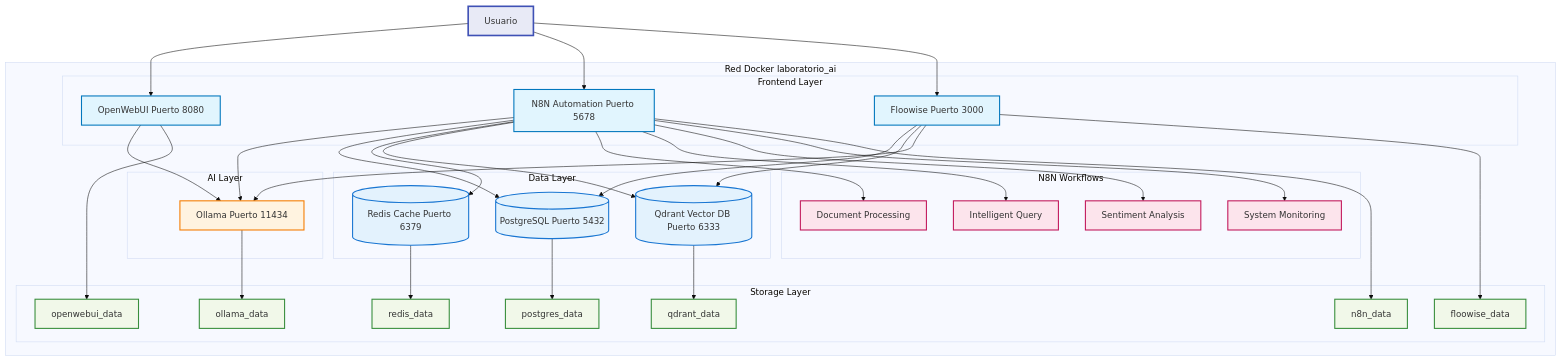
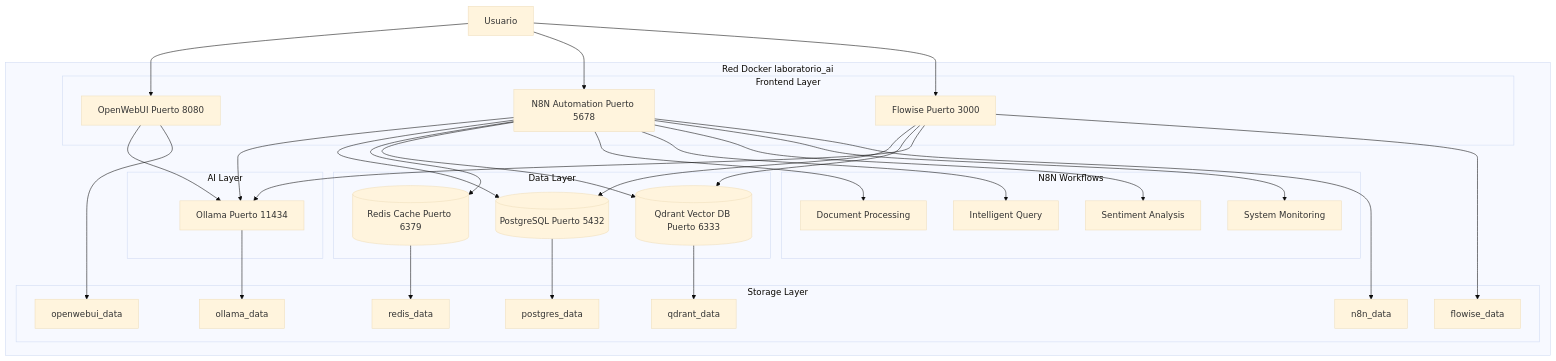
Before and after one commit to EdissonGirald0/laboratorioAI: the first of 8 diagrams in README.md, drawn with Mermaid (base theme). The commit also changed other lines of this file and 12 other files, not shown here.

````diff
--- a/README.md
+++ b/README.md
@@ -59,77 +75,63 @@
 ```mermaid
 graph TB
     subgraph Network ["Red Docker laboratorio_ai"]
         subgraph Frontend ["Frontend Layer"]
             UI["OpenWebUI Puerto 8080"]
             N8N["N8N Automation Puerto 5678"]
-            FW["Floowise Puerto 3000"]
+            FW["Flowise Puerto 3000"]
         end
         
         subgraph AI ["AI Layer"]
             OL["Ollama Puerto 11434"]
         end
         
         subgraph Data ["Data Layer"]
             PG[("PostgreSQL Puerto 5432")]
             RD[("Redis Cache Puerto 6379")]
             QD[("Qdrant Vector DB Puerto 6333")]
         end
         
         subgraph Storage ["Storage Layer"]
             VOL1["postgres_data"]
             VOL2["qdrant_data"]
             VOL3["ollama_data"]
             VOL4["openwebui_data"]
             VOL5["n8n_data"]
-            VOL6["floowise_data"]
+            VOL6["flowise_data"]
             VOL7["redis_data"]
         end
         
         subgraph Automation ["N8N Workflows"]
             WF1["Document Processing"]
             WF2["Intelligent Query"]
             WF3["Sentiment Analysis"]
             WF4["System Monitoring"]
         end
     end
     
     USER["Usuario"] --> UI
     USER --> N8N
     USER --> FW
     
     UI --> OL
     FW --> PG
     FW --> QD
     FW --> OL
     
     N8N --> OL
     N8N --> PG
     N8N --> RD
     N8N --> QD
     N8N --> WF1
     N8N --> WF2
     N8N --> WF3
     N8N --> WF4
     
     PG --> VOL1
     QD --> VOL2
     OL --> VOL3
     UI --> VOL4
     N8N --> VOL5
     FW --> VOL6
     RD --> VOL7
-    
-    classDef userClass fill:#e8eaf6,stroke:#3f51b5,stroke-width:3px
-    classDef frontendClass fill:#e1f5fe,stroke:#0277bd,stroke-width:2px
-    classDef aiClass fill:#fff3e0,stroke:#f57c00,stroke-width:2px
-    classDef dataClass fill:#e3f2fd,stroke:#1976d2,stroke-width:2px
-    classDef storageClass fill:#f1f8e9,stroke:#388e3c,stroke-width:2px
-    classDef automationClass fill:#fce4ec,stroke:#c2185b,stroke-width:2px
-    
-    class USER userClass
-    class UI,N8N,FW frontendClass
-    class OL aiClass
-    class PG,RD,QD dataClass
-    class VOL1,VOL2,VOL3,VOL4,VOL5,VOL6,VOL7 storageClass
-    class WF1,WF2,WF3,WF4 automationClass
 ```
````
